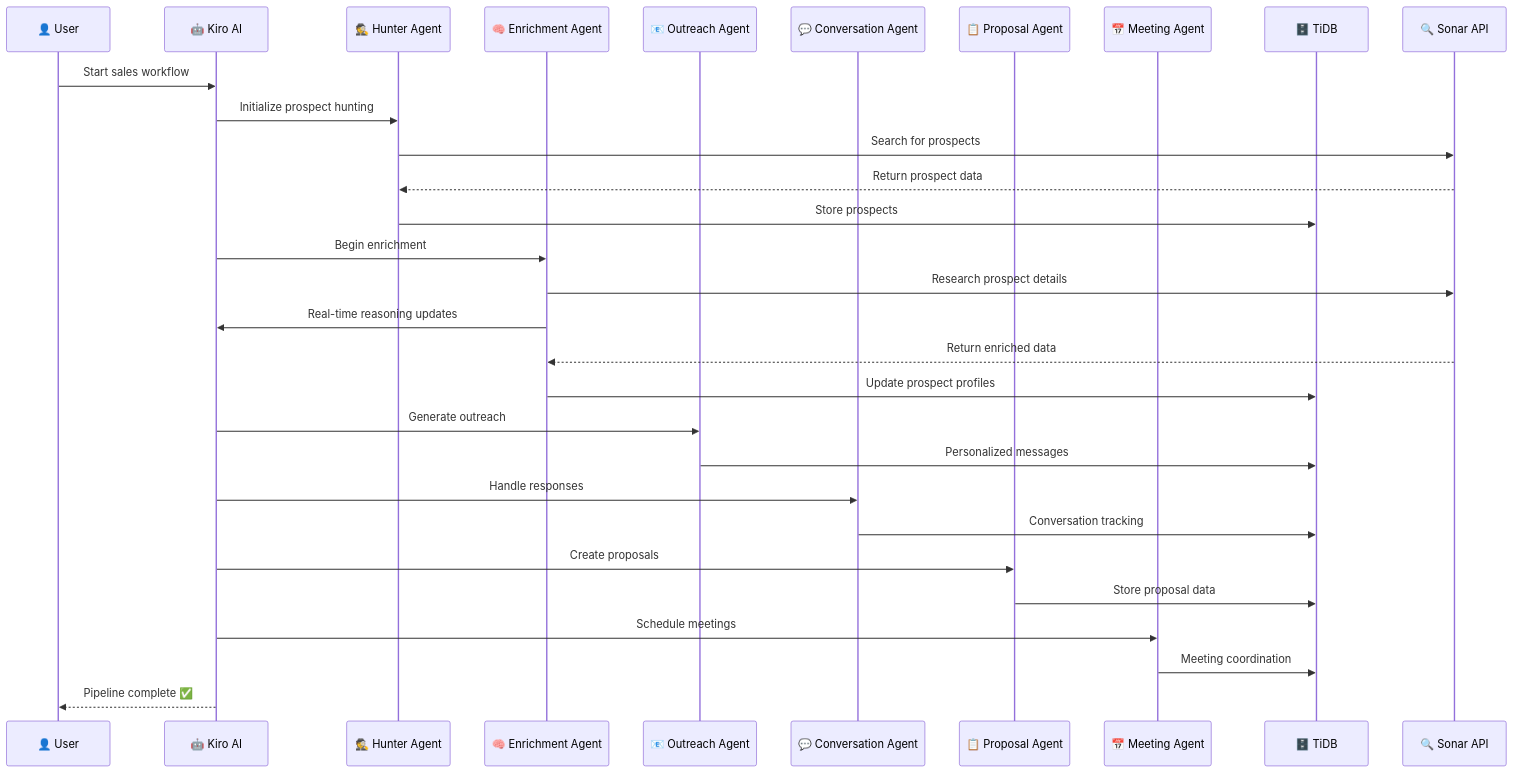
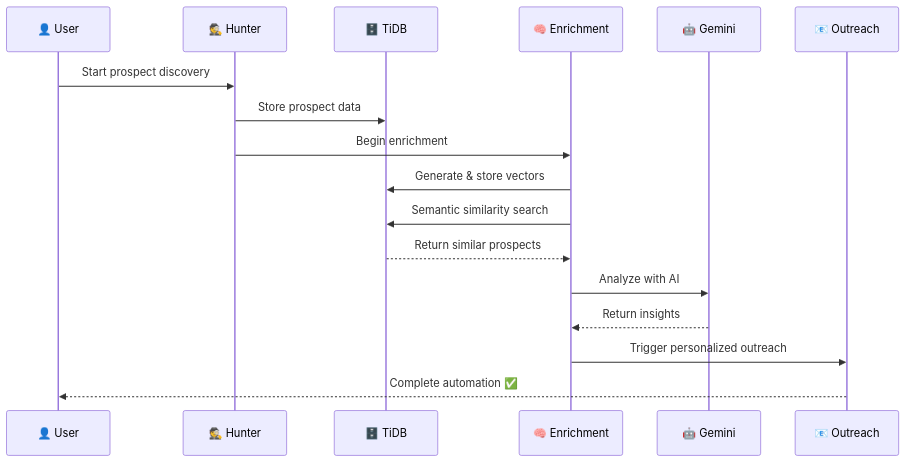
The third of 3 diagrams in README.md (victorbash400/Rainmaker), drawn with Mermaid before and after one commit. The commit also changed other lines of this file and 40 other files, not shown here.

````diff
--- a/README.md
+++ b/README.md
@@ -133,39 +407,20 @@
 ```mermaid
 sequenceDiagram
     participant U as 👤 User
-    participant K as 🤖 Kiro AI
-    participant H as 🕵️ Hunter Agent
-    participant E as 🧠 Enrichment Agent
-    participant O as 📧 Outreach Agent
-    participant C as 💬 Conversation Agent
-    participant P as 📋 Proposal Agent
-    participant M as 📅 Meeting Agent
+    participant H as 🕵️ Hunter
     participant T as 🗄️ TiDB
-    participant S as 🔍 Sonar API
+    participant E as 🧠 Enrichment
+    participant G as 🤖 Gemini
+    participant O as 📧 Outreach
     
-    U->>K: Start sales workflow
-    K->>H: Initialize prospect hunting
-    H->>S: Search for prospects
-    S-->>H: Return prospect data
-    H->>T: Store prospects
-    
-    K->>E: Begin enrichment
-    E->>S: Research prospect details
-    E->>K: Real-time reasoning updates
-    S-->>E: Return enriched data
-    E->>T: Update prospect profiles
-    
-    K->>O: Generate outreach
-    O->>T: Personalized messages
-    
-    K->>C: Handle responses
-    C->>T: Conversation tracking
-    
-    K->>P: Create proposals
-    P->>T: Store proposal data
-    
-    K->>M: Schedule meetings
-    M->>T: Meeting coordination
-    
-    K-->>U: Pipeline complete ✅
+    U->>H: Start prospect discovery
+    H->>T: Store prospect data
+    H->>E: Begin enrichment
+    E->>T: Generate & store vectors
+    E->>T: Semantic similarity search
+    T-->>E: Return similar prospects
+    E->>G: Analyze with AI
+    G-->>E: Return insights
+    E->>O: Trigger personalized outreach
+    O-->>U: Complete automation ✅
 ```
````
